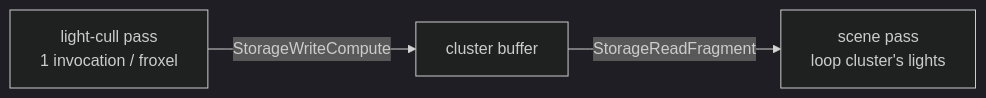
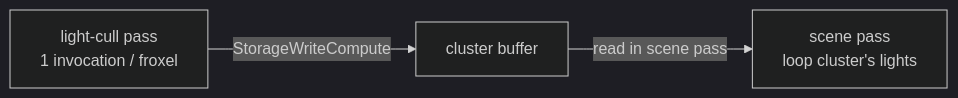
Before and after one commit to saffronjam/saffron-anima: the diagram in docs/content/explanations/shadows-and-culling/clustered-light-culling.md, drawn with Mermaid (dark theme). The commit also changed other lines of this file and 20 other files, not shown here.

````diff
--- a/docs/content/explanations/shadows-and-culling/clustered-light-culling.md
+++ b/docs/content/explanations/shadows-and-culling/clustered-light-culling.md
@@ -35,5 +35,5 @@
 ```mermaid
 flowchart LR
     A[light-cull pass<br/>1 invocation / froxel] -->|StorageWriteCompute| B[cluster buffer]
-    B -->|StorageReadFragment| C[scene pass<br/>loop cluster's lights]
+    B -->|read in scene pass| C[scene pass<br/>loop cluster's lights]
 ```
````
